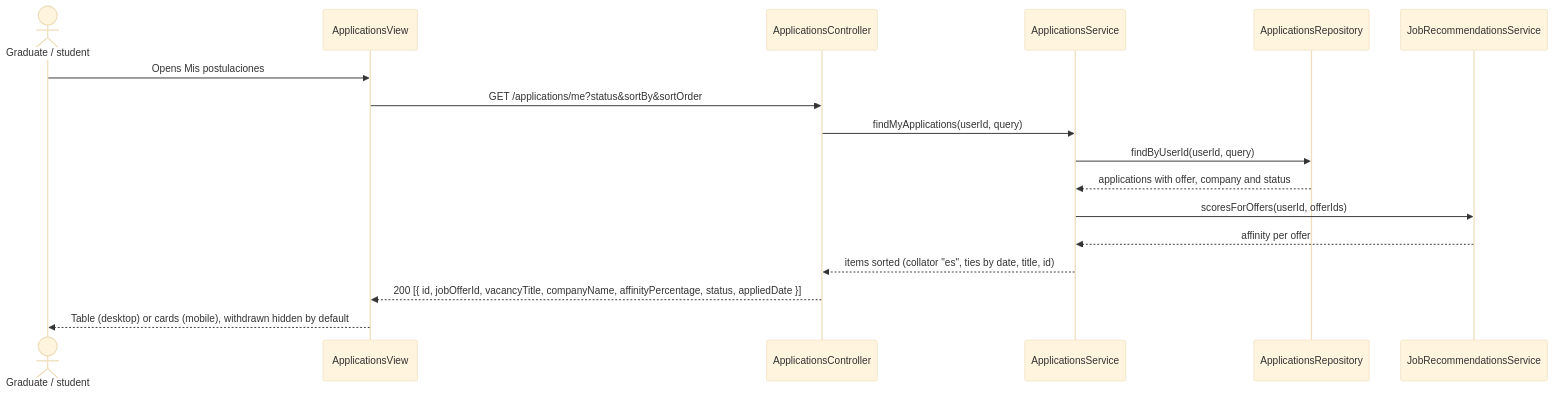
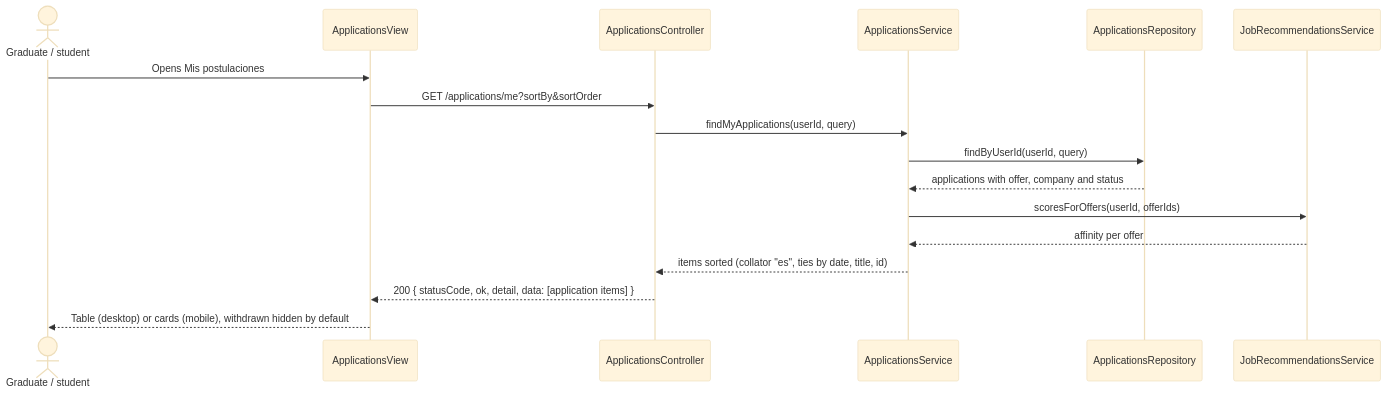
Before and after one commit to UMSSY/umssy-app: the second of 4 diagrams in docs/applications/README.md, drawn with Mermaid (base theme). The commit also changed other lines of this file and 1 other file, not shown here.

````diff
--- a/docs/applications/README.md
+++ b/docs/applications/README.md
@@ -49,19 +46,19 @@
 ```mermaid
 sequenceDiagram
   actor U as Graduate / student
   participant F as ApplicationsView
   participant A as ApplicationsController
   participant S as ApplicationsService
   participant R as ApplicationsRepository
   participant M as JobRecommendationsService
   U->>F: Opens Mis postulaciones
-  F->>A: GET /applications/me?status&sortBy&sortOrder
+  F->>A: GET /applications/me?sortBy&sortOrder
   A->>S: findMyApplications(userId, query)
   S->>R: findByUserId(userId, query)
   R-->>S: applications with offer, company and status
   S->>M: scoresForOffers(userId, offerIds)
   M-->>S: affinity per offer
   S-->>A: items sorted (collator "es", ties by date, title, id)
-  A-->>F: 200 [{ id, jobOfferId, vacancyTitle, companyName, affinityPercentage, status, appliedDate }]
+  A-->>F: 200 { statusCode, ok, detail, data: [application items] }
   F-->>U: Table (desktop) or cards (mobile), withdrawn hidden by default
 ```
````
